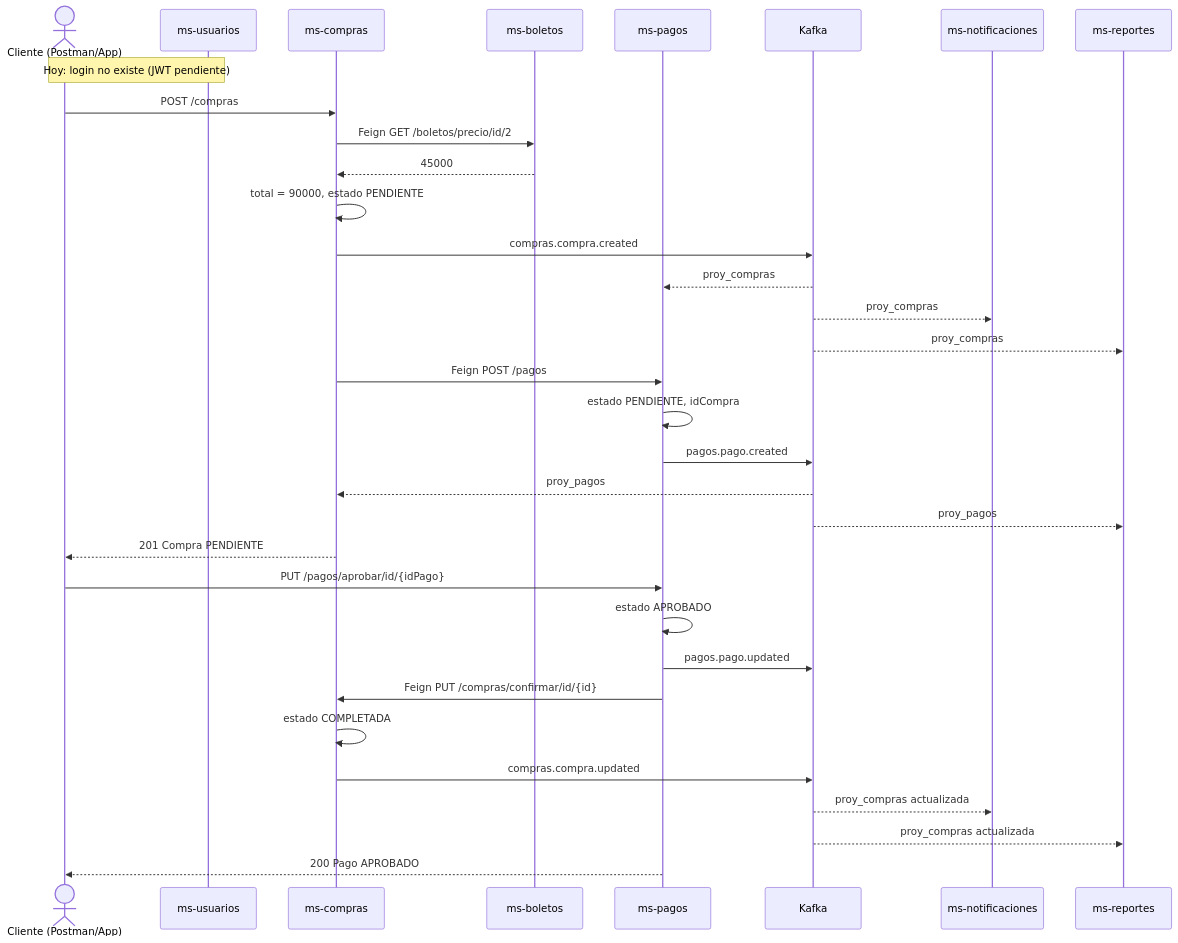
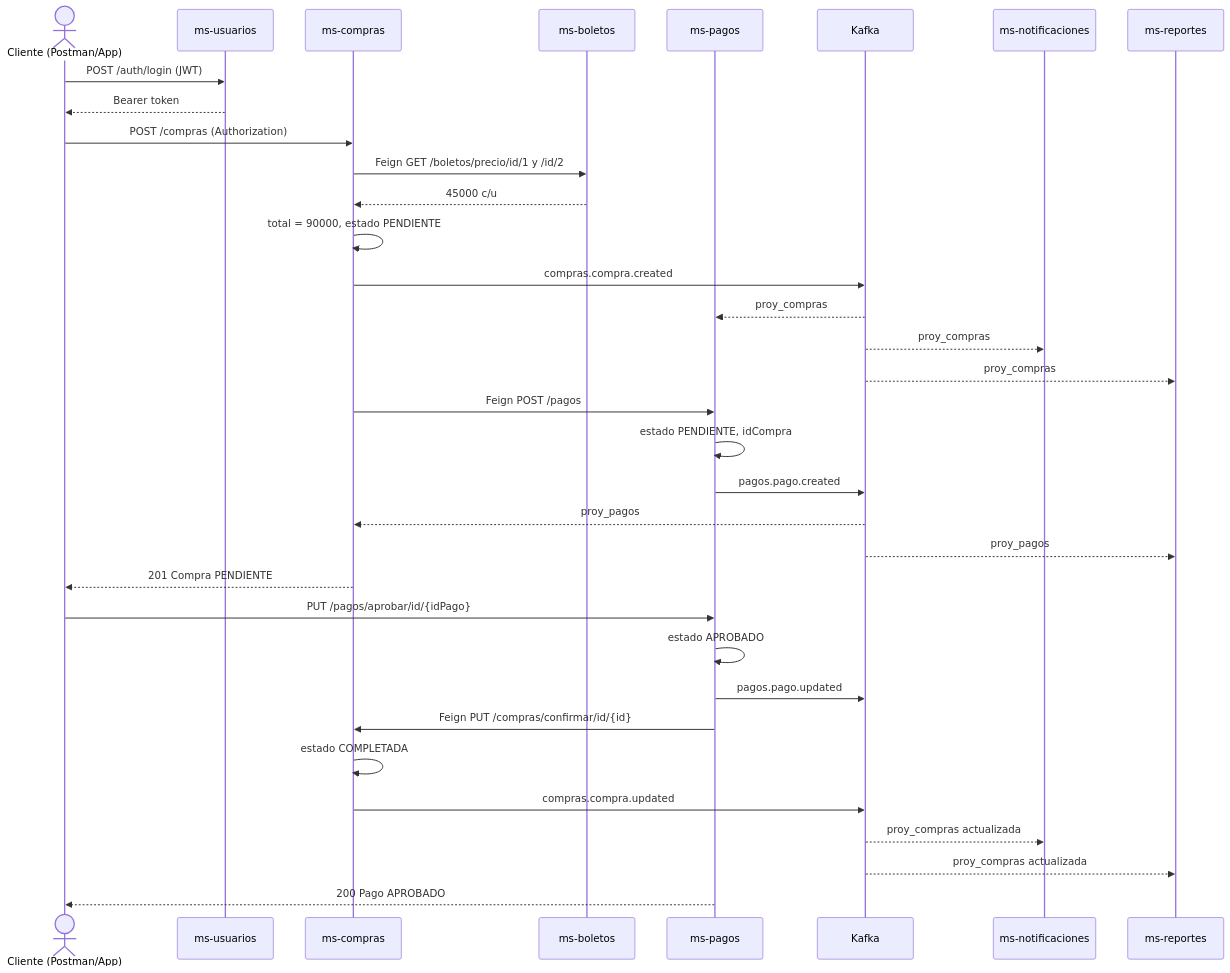
One commit to Nariyato/ritmoticket-folder changed the diagram in docs/FLUJO-NEGOCIO-RITMOTICKET.md. Above: the diagram before and after it, drawn with Mermaid. The commit also changed other lines of this file and 102 other files, not shown here.

````diff
--- a/docs/FLUJO-NEGOCIO-RITMOTICKET.md
+++ b/docs/FLUJO-NEGOCIO-RITMOTICKET.md
@@ -140,37 +186,38 @@
 ```mermaid
 sequenceDiagram
     actor Cliente as Cliente (Postman/App)
     participant Usuarios as ms-usuarios
     participant Compras as ms-compras
     participant Boletos as ms-boletos
     participant Pagos as ms-pagos
     participant Kafka as Kafka
     participant Notif as ms-notificaciones
     participant Reportes as ms-reportes
 
-    Note over Cliente,Usuarios: Hoy: login no existe (JWT pendiente)
-    Cliente->>Compras: POST /compras
-    Compras->>Boletos: Feign GET /boletos/precio/id/2
-    Boletos-->>Compras: 45000
+    Cliente->>Usuarios: POST /auth/login (JWT)
+    Usuarios-->>Cliente: Bearer token
+    Cliente->>Compras: POST /compras (Authorization)
+    Compras->>Boletos: Feign GET /boletos/precio/id/1 y /id/2
+    Boletos-->>Compras: 45000 c/u
     Compras->>Compras: total = 90000, estado PENDIENTE
     Compras->>Kafka: compras.compra.created
     Kafka-->>Pagos: proy_compras
     Kafka-->>Notif: proy_compras
     Kafka-->>Reportes: proy_compras
     Compras->>Pagos: Feign POST /pagos
     Pagos->>Pagos: estado PENDIENTE, idCompra
     Pagos->>Kafka: pagos.pago.created
     Kafka-->>Compras: proy_pagos
     Kafka-->>Reportes: proy_pagos
     Compras-->>Cliente: 201 Compra PENDIENTE
 
     Cliente->>Pagos: PUT /pagos/aprobar/id/{idPago}
     Pagos->>Pagos: estado APROBADO
     Pagos->>Kafka: pagos.pago.updated
     Pagos->>Compras: Feign PUT /compras/confirmar/id/{id}
     Compras->>Compras: estado COMPLETADA
     Compras->>Kafka: compras.compra.updated
     Kafka-->>Notif: proy_compras actualizada
     Kafka-->>Reportes: proy_compras actualizada
     Pagos-->>Cliente: 200 Pago APROBADO
 ```
````
